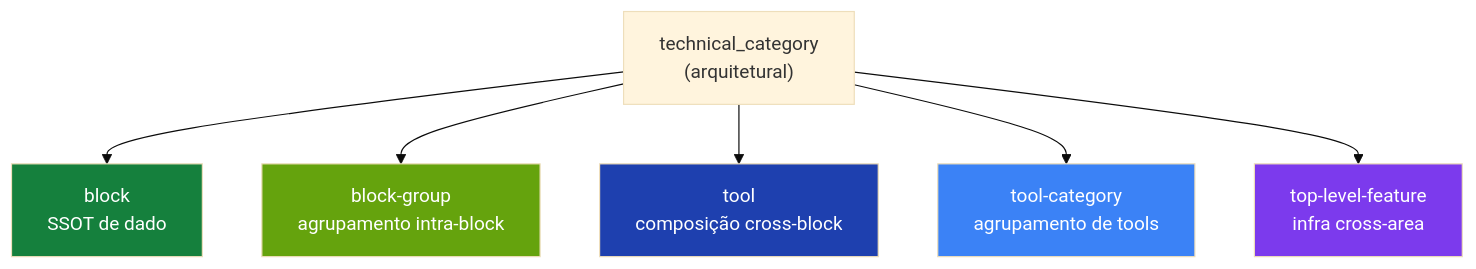
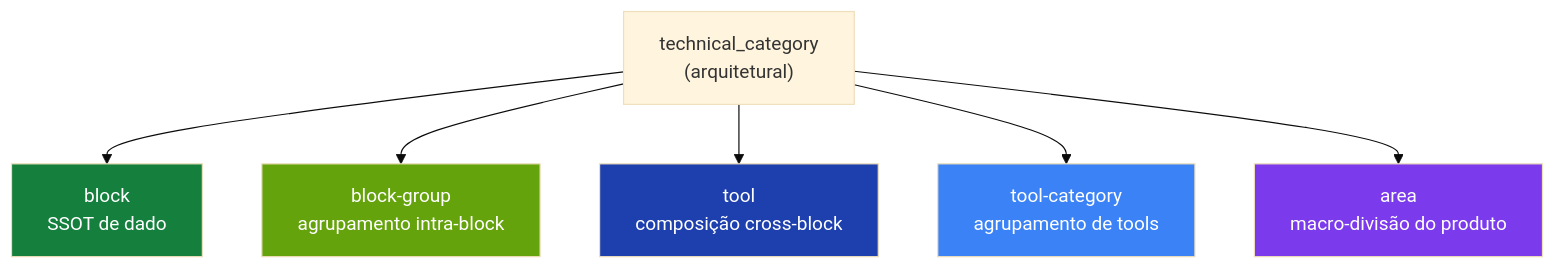
The diagram in docs/handbook/refactor/r1-tools-foundation/(overview)/pt-BR.md (nickmoreira23/herd), drawn with Mermaid (base theme) before and after one commit. The commit also changed 72 other files, not shown here.

````diff
--- a/docs/handbook/refactor/r1-tools-foundation/(overview)/pt-BR.md
+++ b/docs/handbook/refactor/r1-tools-foundation/(overview)/pt-BR.md
@@ -55,15 +55,15 @@
 ```mermaid
 flowchart TD
     Root["technical_category<br/>(arquitetural)"]
     Root --> Block["block<br/>SSOT de dado"]
     Root --> BG["block-group<br/>agrupamento intra-block"]
     Root --> Tool["tool<br/>composição cross-block"]
     Root --> TC["tool-category<br/>agrupamento de tools"]
-    Root --> TLF["top-level-feature<br/>infra cross-area"]
+    Root --> Area["area<br/>macro-divisão do produto"]
 
     style Block fill:#15803d,color:#fff
     style BG fill:#65a30d,color:#fff
     style Tool fill:#1e40af,color:#fff
     style TC fill:#3b82f6,color:#fff
-    style TLF fill:#7c3aed,color:#fff
+    style Area fill:#7c3aed,color:#fff
 ```
````
